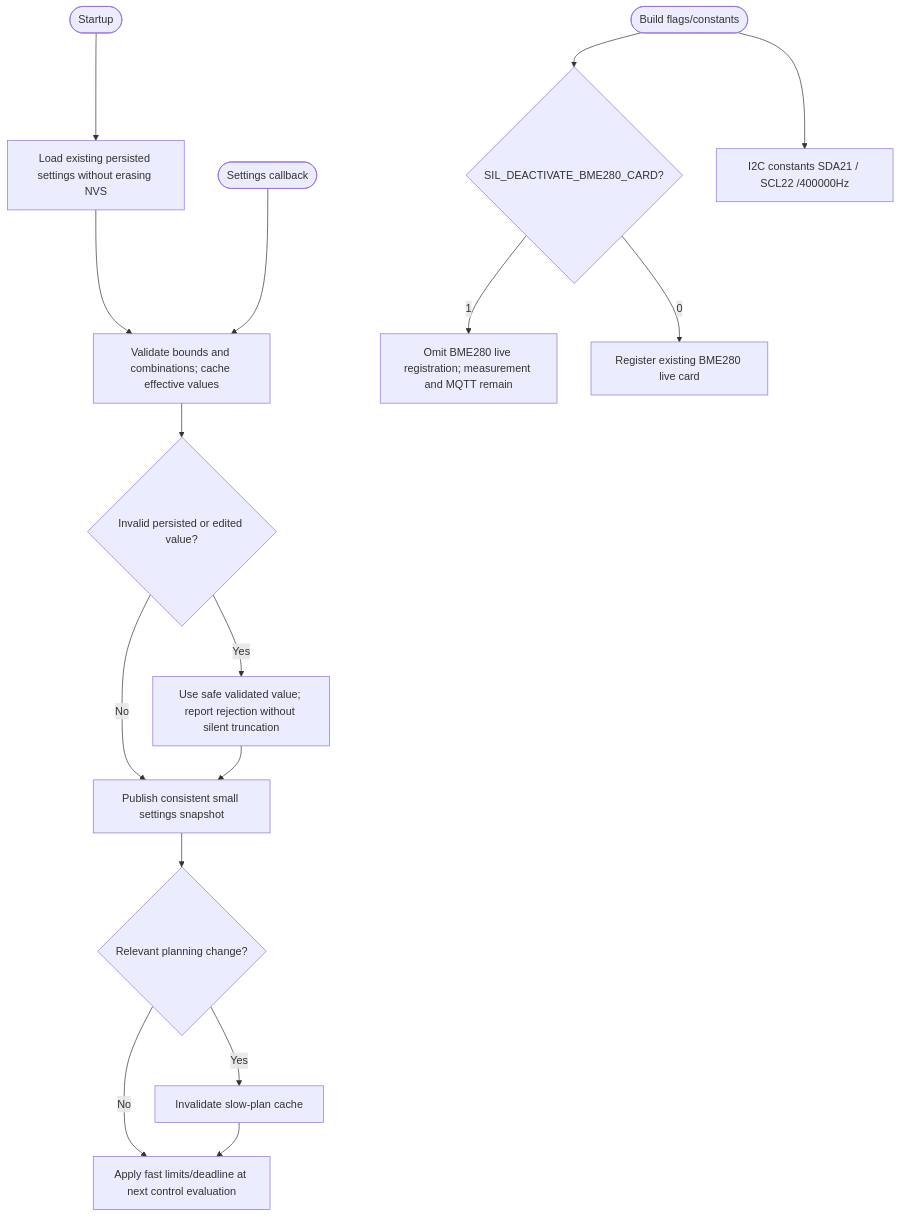
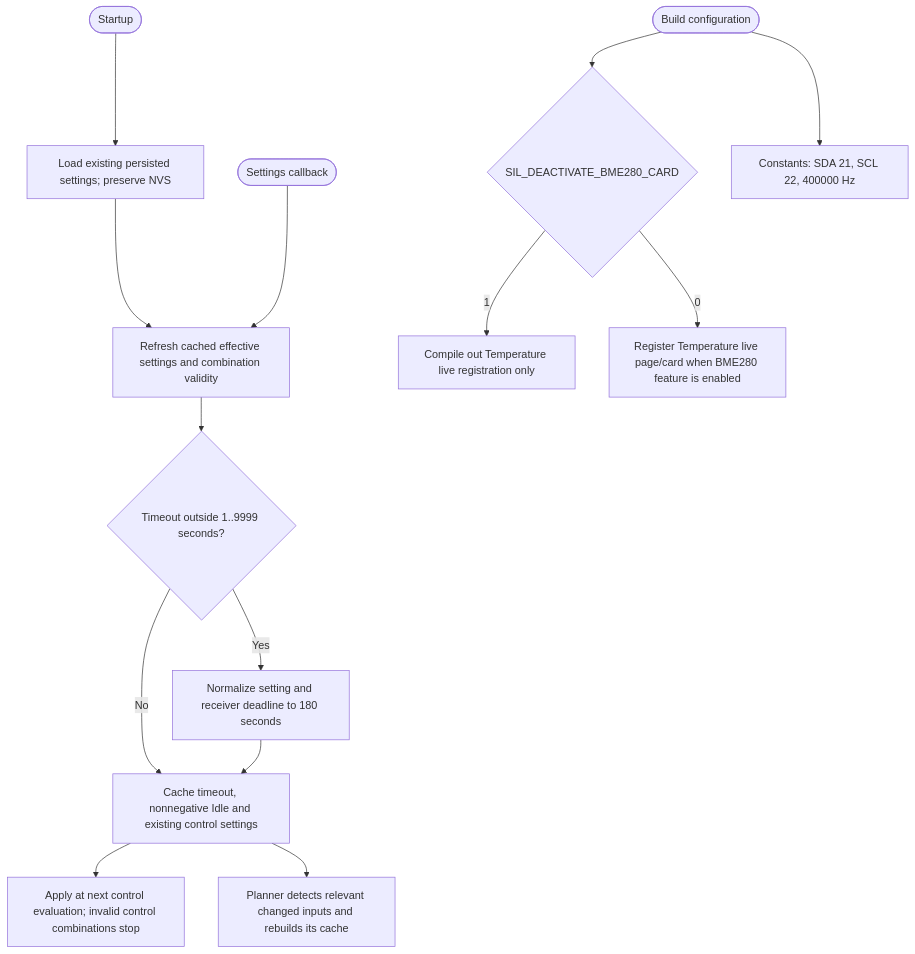
The diagram in docs/control-planning/09-settings-callbacks.md (vitalyruhl/SolarInverterLimiter), drawn with Mermaid before and after one commit. The commit also changed other lines of this file and 36 other files, not shown here.

````diff
--- a/docs/control-planning/09-settings-callbacks.md
+++ b/docs/control-planning/09-settings-callbacks.md
@@ -12,18 +12,16 @@
 ```mermaid
 flowchart TD
-  BOOT([Startup]) --> LOAD["Load existing persisted settings without erasing NVS"]
-  LOAD --> CHECK["Validate bounds and combinations; cache effective values"]
+  BOOT([Startup]) --> LOAD["Load existing persisted settings; preserve NVS"]
+  LOAD --> CHECK["Refresh cached effective settings and combination validity"]
   EDIT([Settings callback]) --> CHECK
-  CHECK --> BAD{Invalid persisted or edited value?}
-  BAD -- Yes --> SAFE["Use safe validated value; report rejection without silent truncation"]
-  BAD -- No --> CACHE["Publish consistent small settings snapshot"]
-  SAFE --> CACHE
-  CACHE --> REPLAN{Relevant planning change?}
-  REPLAN -- Yes --> DIRTY["Invalidate slow-plan cache"]
-  REPLAN -- No --> FAST["Apply fast limits/deadline at next control evaluation"]
-  DIRTY --> FAST
-  BUILD([Build flags/constants]) --> CARD{SIL_DEACTIVATE_BME280_CARD?}
-  CARD -- 1 --> HIDE["Omit BME280 live registration; measurement and MQTT remain"]
-  CARD -- 0 --> SHOW["Register existing BME280 live card"]
-  BUILD --> I2C["I2C constants SDA21 / SCL22 /400000Hz"]
+  CHECK --> TIMEOUT{"Timeout outside 1..9999 seconds?"}
+  TIMEOUT -- Yes --> DEFAULT["Normalize setting and receiver deadline to 180 seconds"]
+  TIMEOUT -- No --> CACHE["Cache timeout, nonnegative Idle and existing control settings"]
+  DEFAULT --> CACHE
+  CACHE --> FAST["Apply at next control evaluation; invalid control combinations stop"]
+  CACHE --> PLAN["Planner detects relevant changed inputs and rebuilds its cache"]
+  BUILD([Build configuration]) --> CARD{"SIL_DEACTIVATE_BME280_CARD"}
+  CARD -- 1 --> HIDE["Compile out Temperature live registration only"]
+  CARD -- 0 --> SHOW["Register Temperature live page/card when BME280 feature is enabled"]
+  BUILD --> I2C["Constants: SDA 21, SCL 22, 400000 Hz"]
 ```
````
